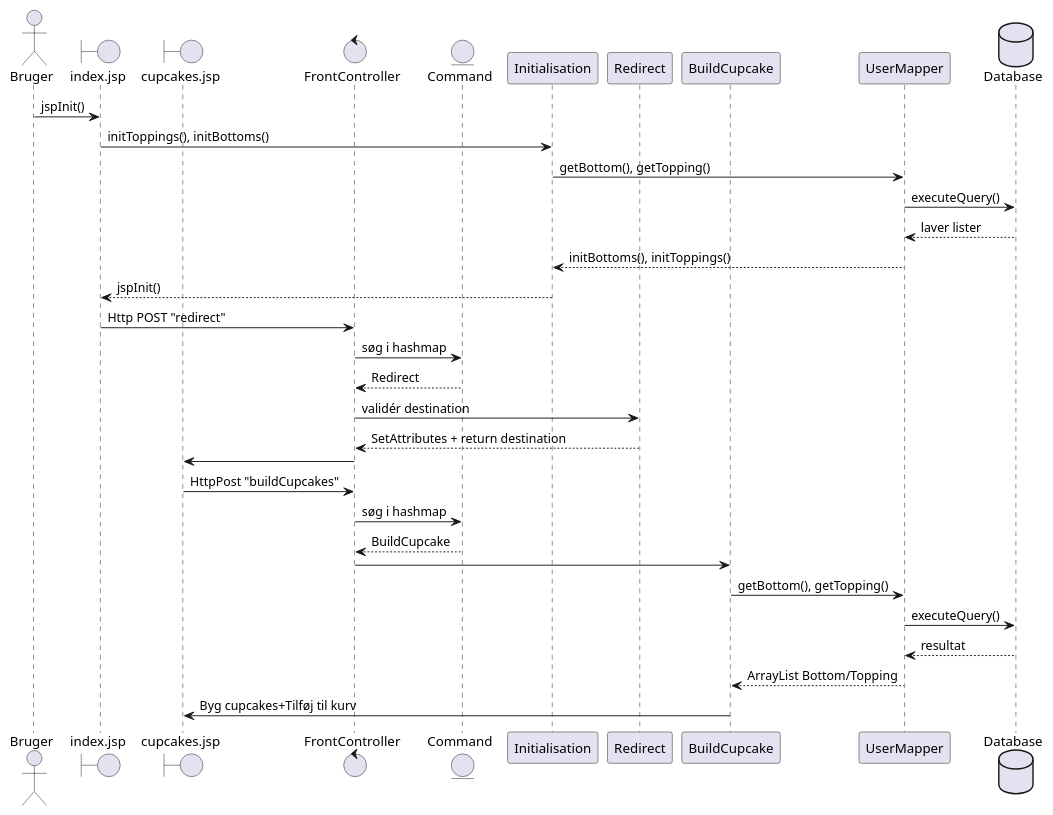
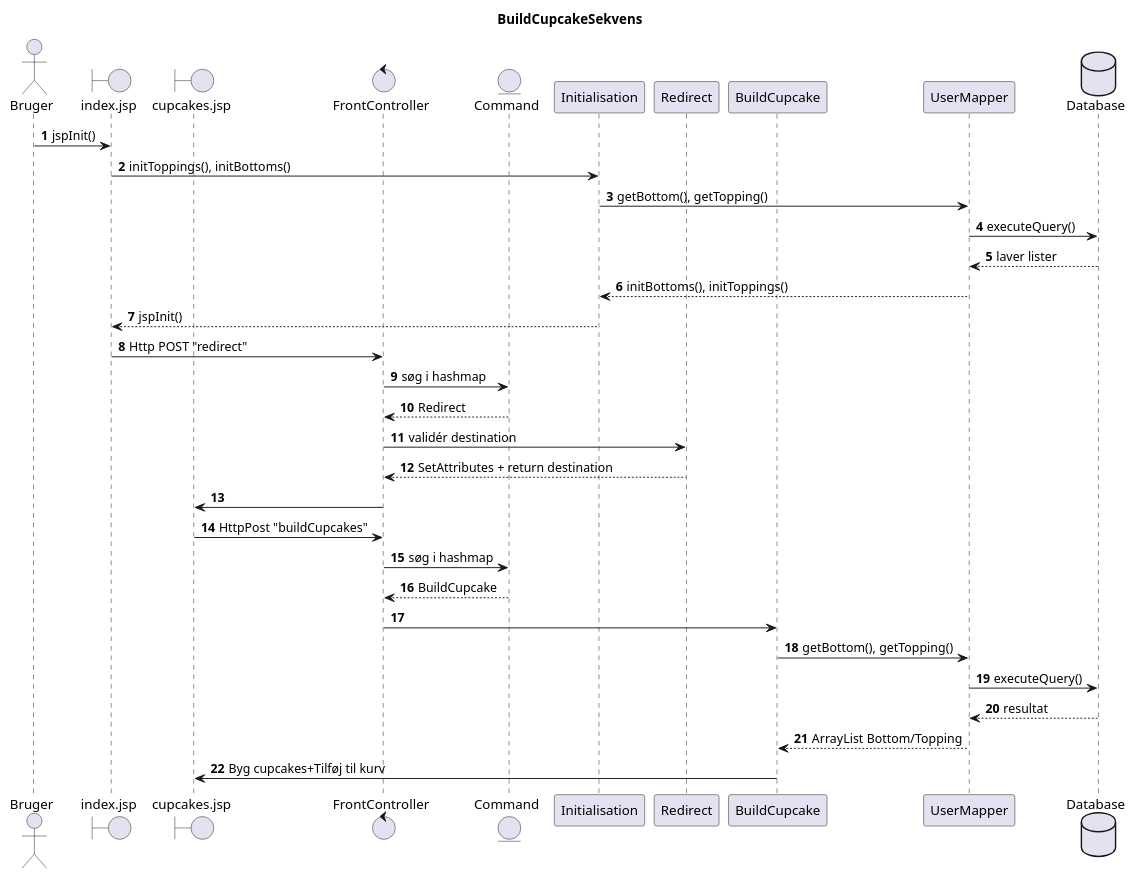
One commit to UtilExe/Cupcakes changed the diagram in data/Diagrammer/BuildCupcakeSekvensdiagram.puml. Above: the diagram before and after it, drawn with PlantUML. The commit also changed 2 other files, not shown here.

Commit message:
Diagrammer

```diff
--- a/data/Diagrammer/BuildCupcakeSekvensdiagram.puml
+++ b/data/Diagrammer/BuildCupcakeSekvensdiagram.puml
@@ -1,37 +1,39 @@
 @startuml
 
+title BuildCupcakeSekvens
+autonumber
 actor Bruger
 boundary index.jsp
 boundary cupcakes.jsp
 control FrontController
 entity Command
 participant Initialisation
 participant Redirect
 participant BuildCupcake
 participant UserMapper
 database Database
 Bruger -> index.jsp : jspInit()
 index.jsp -> Initialisation : initToppings(), initBottoms()
 Initialisation -> UserMapper : getBottom(), getTopping()
 UserMapper -> Database : executeQuery()
 Database --> UserMapper : laver lister
 UserMapper --> Initialisation : initBottoms(), initToppings()
 Initialisation --> index.jsp : jspInit()
 index.jsp -> FrontController : Http POST "redirect"
 FrontController -> Command : søg i hashmap
 Command --> FrontController : Redirect
 FrontController -> Redirect : validér destination
 Redirect --> FrontController : SetAttributes + return destination
 
 FrontController -> cupcakes.jsp
 cupcakes.jsp -> FrontController : HttpPost "buildCupcakes"
 FrontController -> Command : søg i hashmap
 Command --> FrontController : BuildCupcake
 FrontController -> BuildCupcake
 BuildCupcake -> UserMapper : getBottom(), getTopping()
 UserMapper -> Database : executeQuery()
 Database --> UserMapper : resultat
 UserMapper --> BuildCupcake : ArrayList Bottom/Topping
 BuildCupcake -> cupcakes.jsp : Byg cupcakes+Tilføj til kurv
 
 @enduml
```
